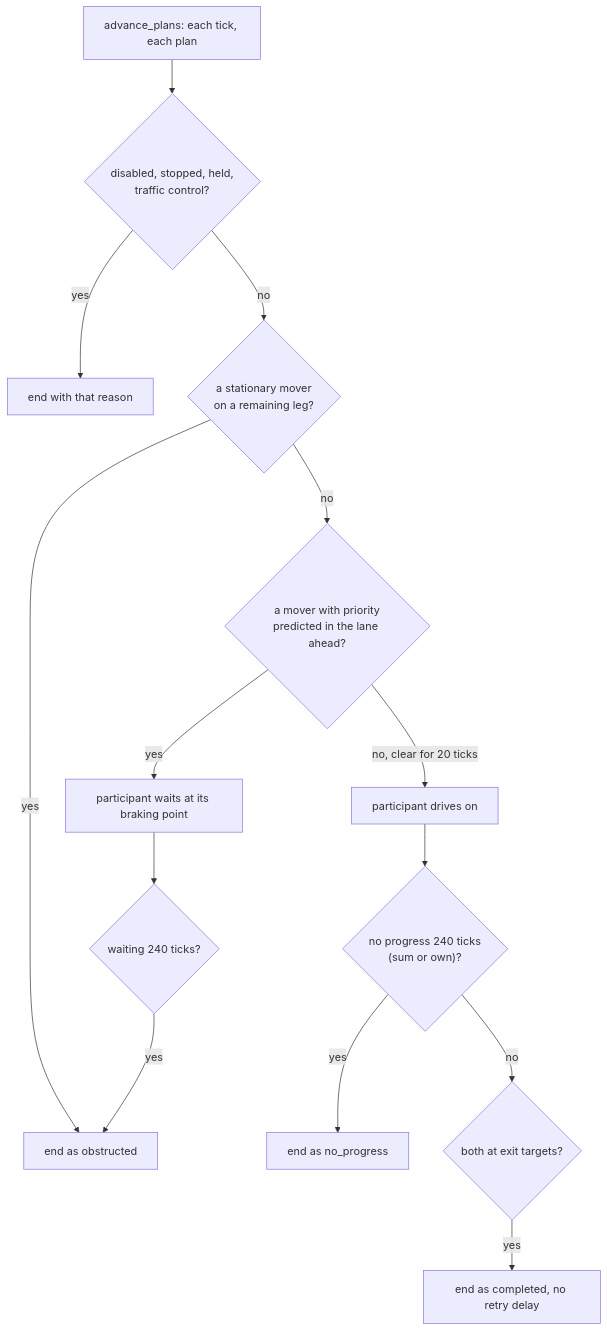
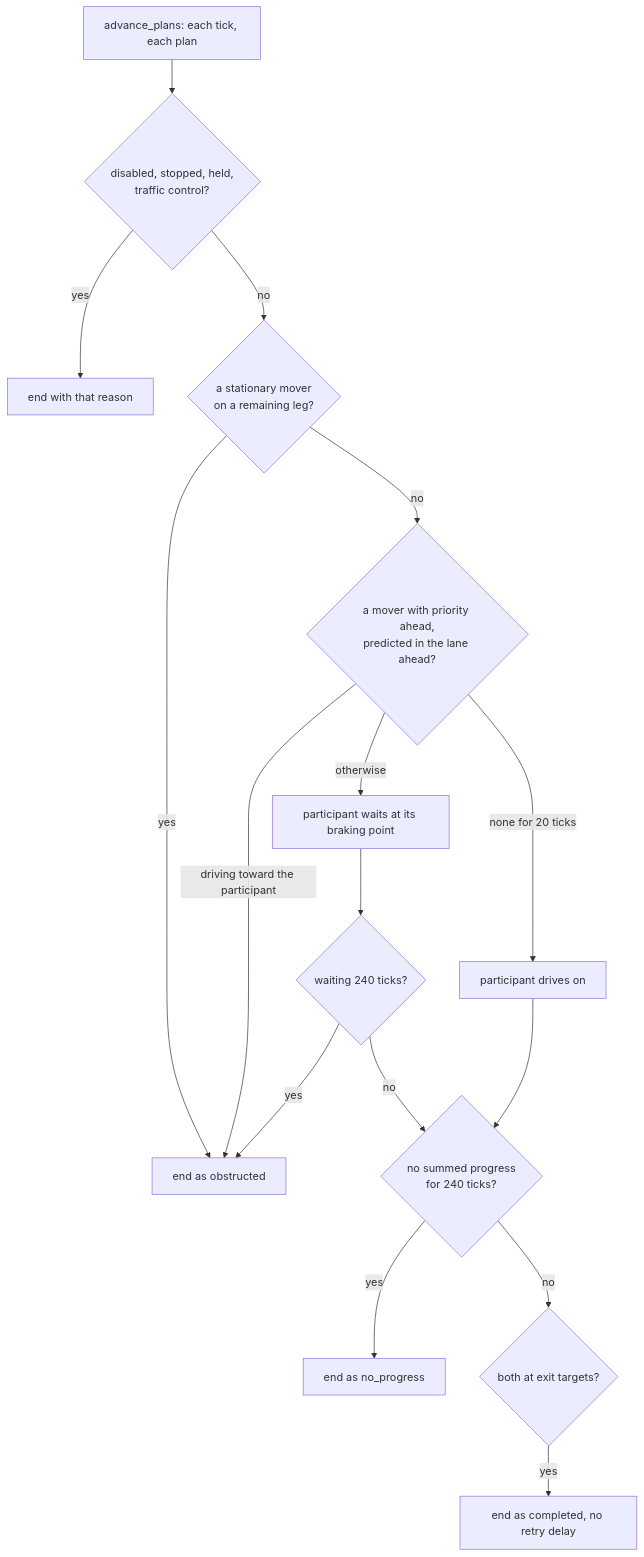
Before and after one commit to SMB-M87/Kinetra-Lab: the diagram in docs/design/2026-11-21-i4sim-passing-under-pressure.md, drawn with Mermaid. The commit also changed other lines of this file and 4 other files, not shown here.

````diff
--- a/docs/design/2026-11-21-i4sim-passing-under-pressure.md
+++ b/docs/design/2026-11-21-i4sim-passing-under-pressure.md
@@ -143,16 +151,18 @@
 ```mermaid
 flowchart TD
     A["advance_plans: each tick, each plan"] --> E{"disabled, stopped, held,<br/>traffic control?"}
     E -->|yes| X[end with that reason]
     E -->|no| S{"a stationary mover<br/>on a remaining leg?"}
     S -->|yes| O[end as obstructed]
-    S -->|no| I{"a mover with priority<br/>predicted in the lane ahead?"}
-    I -->|yes| W["participant waits at its braking point"]
-    I -->|no, clear for 20 ticks| G[participant drives on]
+    S -->|no| H{"a mover with priority ahead,<br/>predicted in the lane ahead?"}
+    H -->|"driving toward the participant"| O
+    H -->|"otherwise"| W["participant waits at its braking point"]
+    H -->|"none for 20 ticks"| G[participant drives on]
     W --> T{"waiting 240 ticks?"}
     T -->|yes| O
-    G --> P{"no progress 240 ticks<br/>(sum or own)?"}
+    T -->|no| P
+    G --> P{"no summed progress<br/>for 240 ticks?"}
     P -->|yes| N[end as no_progress]
     P -->|no| C{"both at exit targets?"}
     C -->|yes| D["end as completed, no retry delay"]
 ```
````
